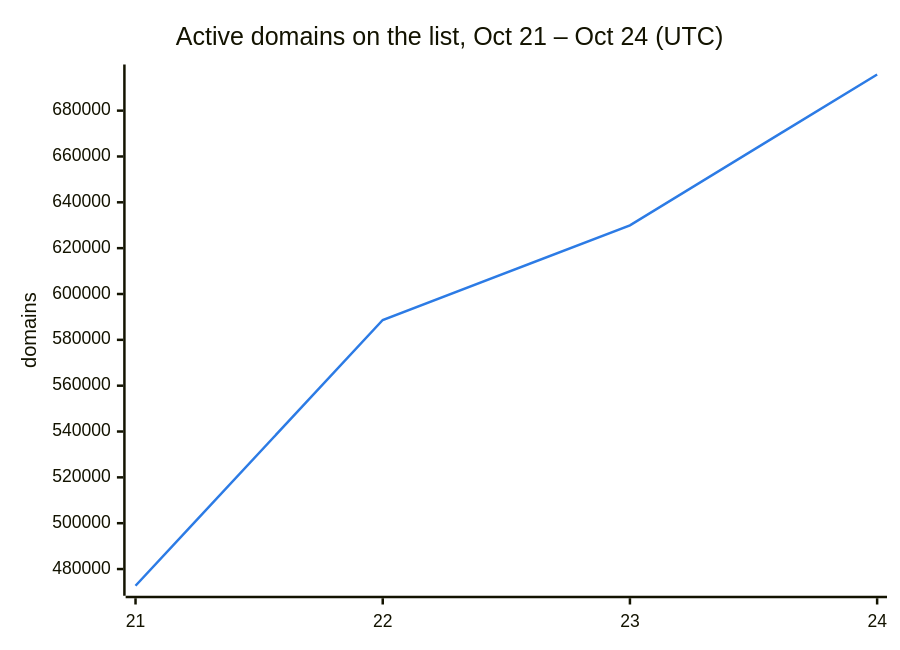
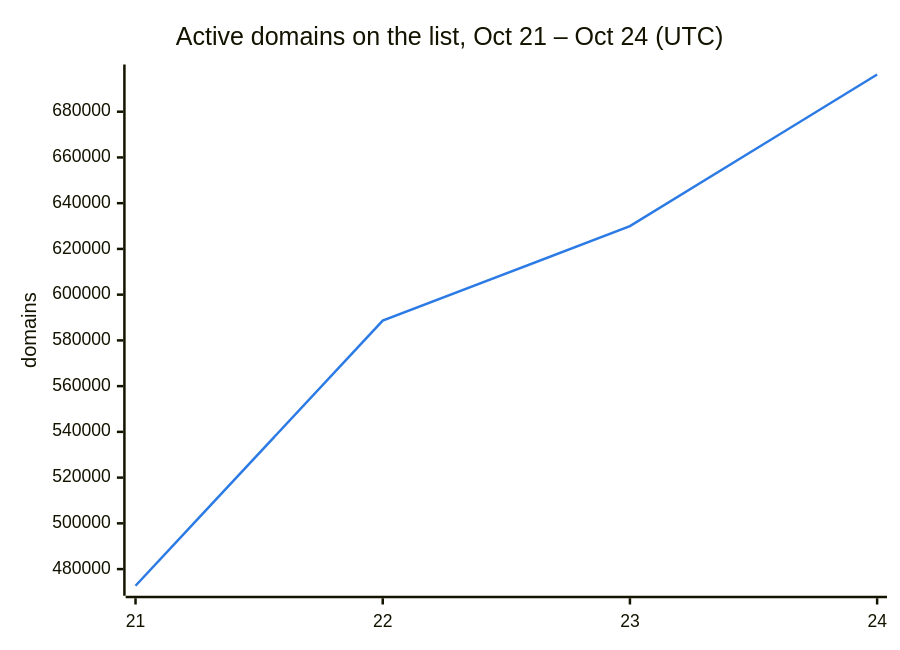
Before and after one commit to DNSBunker/CTI: the second of 3 diagrams in README.md, drawn with Mermaid. The commit also changed other lines of this file and 3 other files, not shown here.

````diff
--- a/README.md
+++ b/README.md
@@ -38,8 +38,8 @@
 ```mermaid
 %%{init: {"themeVariables": {"xyChart": {"plotColorPalette": "#2c7be5"}}}}%%
 xychart-beta
     title "Active domains on the list, Oct 21 – Oct 24 (UTC)"
     x-axis ["21", "22", "23", "24"]
     y-axis "domains"
-    line [472713, 588659, 629951, 695765]
+    line [472713, 588659, 629951, 696268]
 ```
````
